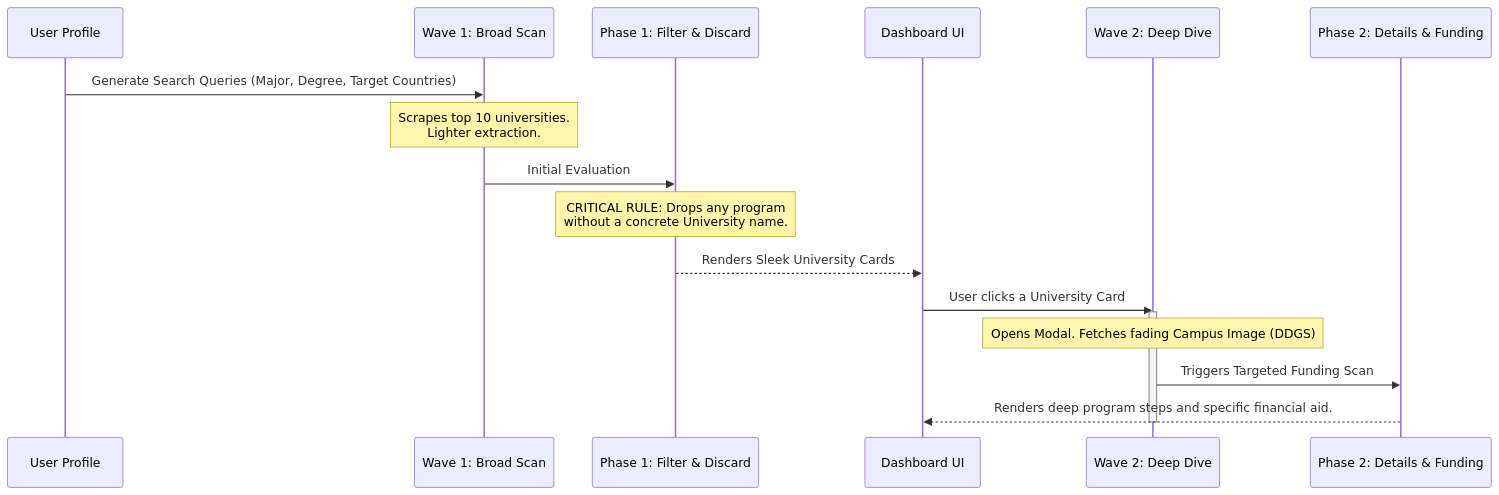
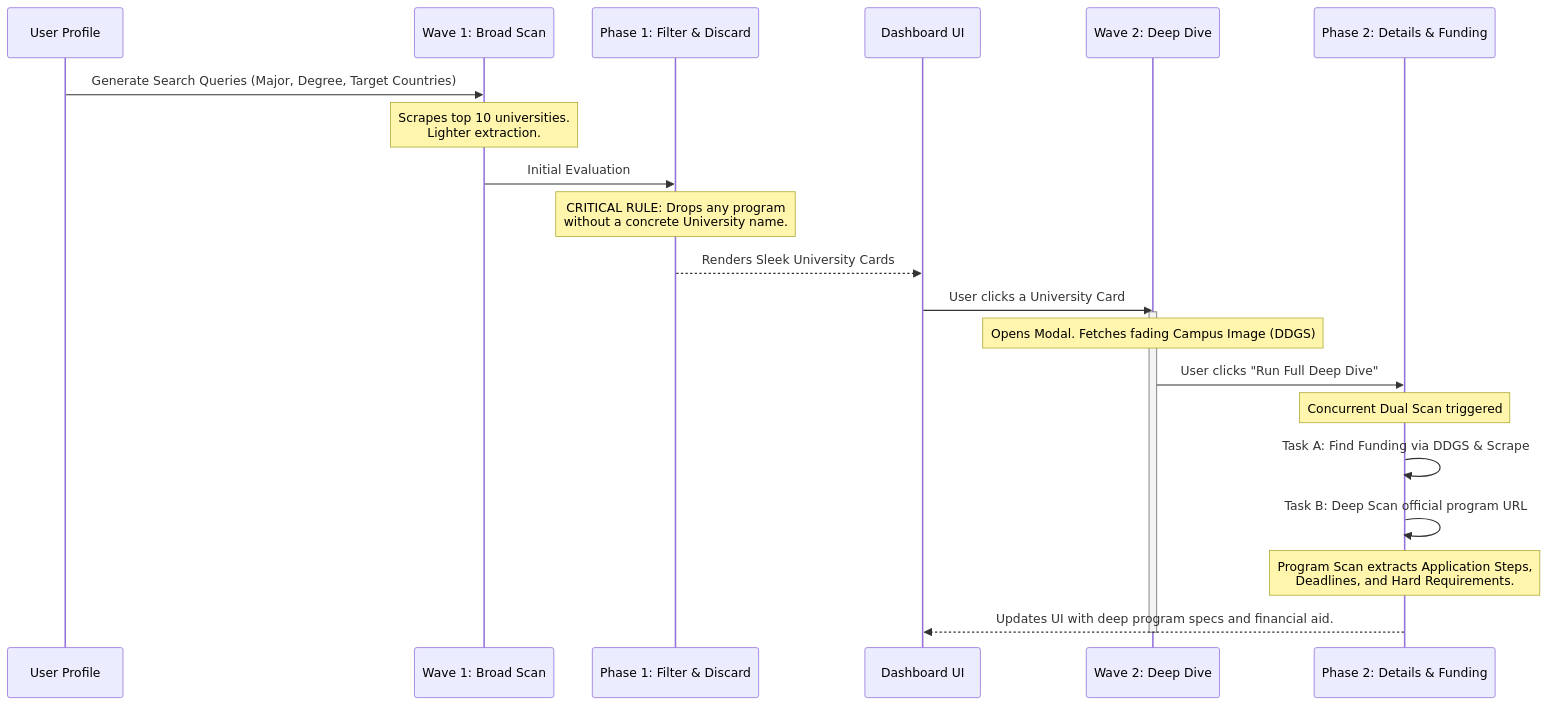
One commit to miguelangelcdm/scholarship-hunter changed the diagram in docs/discovery_engine.md. Above: the diagram before and after it, drawn with Mermaid. The commit also changed 5 other files, not shown here.

Commit message:
feat: concurrent deep program scan and financial aid extraction for wave 2

````diff
--- a/docs/discovery_engine.md
+++ b/docs/discovery_engine.md
@@ -9,21 +9,25 @@
 ```mermaid
 sequenceDiagram
     participant User as User Profile
     participant Wave1 as Wave 1: Broad Scan
     participant AI1 as Phase 1: Filter & Discard
     participant UI as Dashboard UI
     participant Wave2 as Wave 2: Deep Dive
     participant AI2 as Phase 2: Details & Funding
 
     User->>Wave1: Generate Search Queries (Major, Degree, Target Countries)
     Note over Wave1: Scrapes top 10 universities.<br/>Lighter extraction.
     Wave1->>AI1: Initial Evaluation
     Note over AI1: CRITICAL RULE: Drops any program<br/>without a concrete University name.
     AI1-->>UI: Renders Sleek University Cards
     UI->>Wave2: User clicks a University Card
     activate Wave2
     Note over Wave2: Opens Modal. Fetches fading Campus Image (DDGS)
-    Wave2->>AI2: Triggers Targeted Funding Scan
-    AI2-->>UI: Renders deep program steps and specific financial aid.
+    Wave2->>AI2: User clicks "Run Full Deep Dive"
+    Note over AI2: Concurrent Dual Scan triggered
+    AI2->>AI2: Task A: Find Funding via DDGS & Scrape
+    AI2->>AI2: Task B: Deep Scan official program URL
+    Note over AI2: Program Scan extracts Application Steps,<br/>Deadlines, and Hard Requirements.
+    AI2-->>UI: Updates UI with deep program specs and financial aid.
     deactivate Wave2
 ```
````
